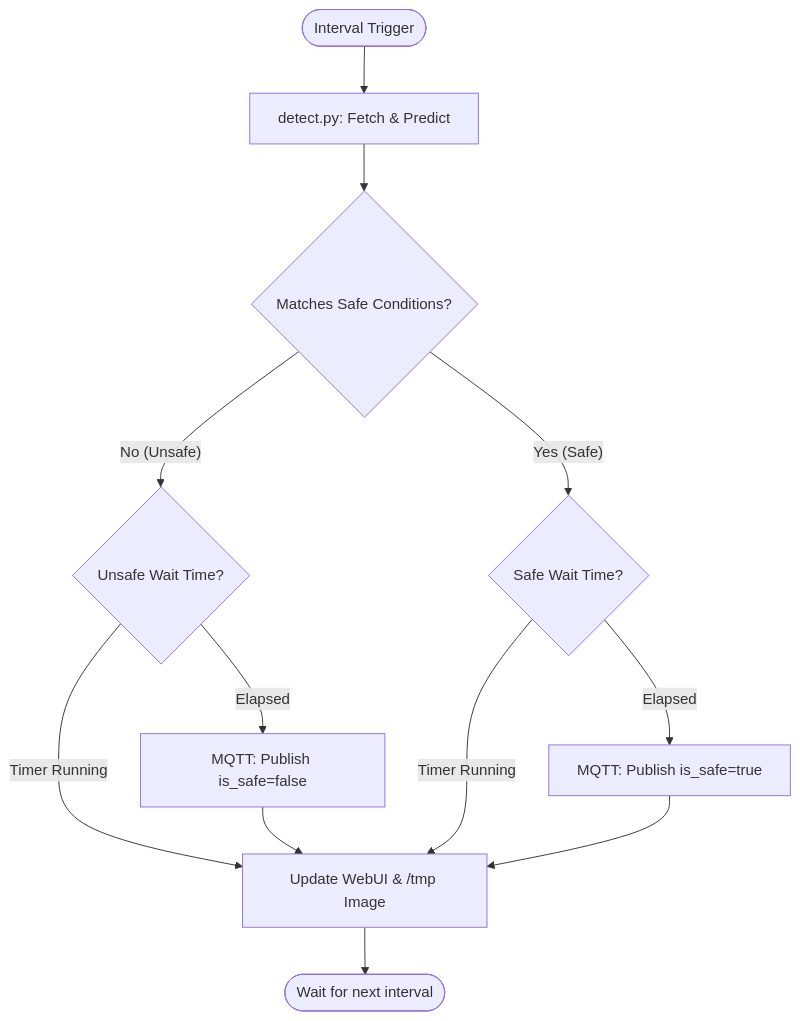
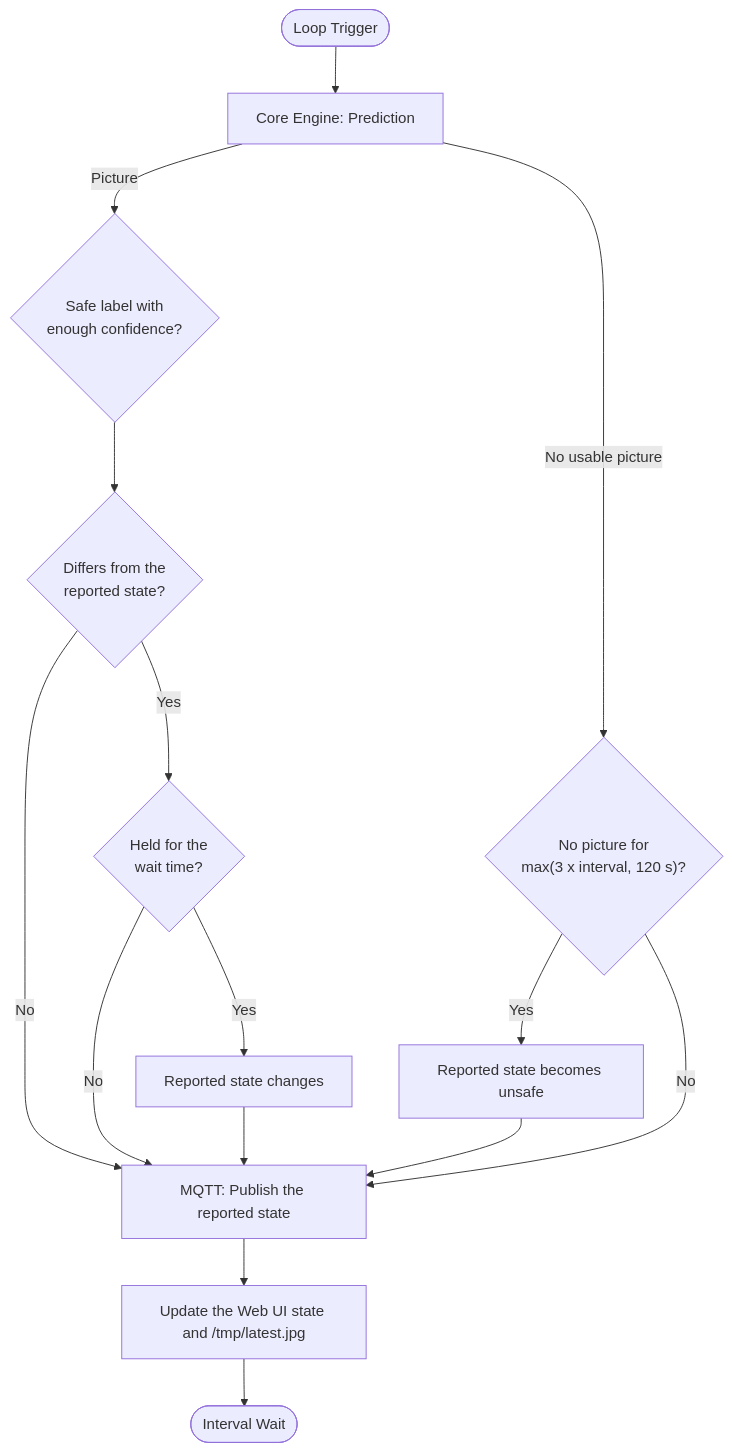
Before and after one commit to DIYAstro-Obs/ha-SimpleCloudDetect: the third of 3 diagrams in ha_addon/architecture.md, drawn with Mermaid. The commit also changed other lines of this file, not shown here.

First line of the commit message:
docs(ha-addon): align architecture.md with the add-on

````diff
--- a/ha_addon/architecture.md
+++ b/ha_addon/architecture.md
@@ -97,18 +83,20 @@
 ```mermaid
 flowchart TD
-    Start([Interval Trigger]) --> Fetch[detect.py: Fetch & Predict]
-    Fetch --> Eval{Matches Safe Conditions?}
-    
-    Eval -- No (Unsafe) --> UnsafeWait{Unsafe Wait Time?}
-    Eval -- Yes (Safe) --> SafeWait{Safe Wait Time?}
-    
-    UnsafeWait -->|Timer Running| UI[Update WebUI & /tmp Image]
-    UnsafeWait -->|Elapsed| PubUnsafe[MQTT: Publish is_safe=false]
-    
-    SafeWait -->|Timer Running| UI
-    SafeWait -->|Elapsed| PubSafe[MQTT: Publish is_safe=true]
-    
-    PubUnsafe --> UI
-    PubSafe --> UI
-    UI --> End([Wait for next interval])
+    Start([Loop Trigger]) --> Engine[Core Engine: Prediction]
+    Engine -- Picture --> Logic{"Safe label with<br/>enough confidence?"}
+    Engine -- "No usable picture" --> Stale{"No picture for<br/>max(3 x interval, 120 s)?"}
+
+    Logic --> Differs{"Differs from the<br/>reported state?"}
+    Differs -- No --> Pub
+    Differs -- Yes --> Wait{"Held for the<br/>wait time?"}
+    Wait -- Yes --> Change[Reported state changes]
+    Wait -- No --> Pub
+    Change --> Pub
+
+    Stale -- Yes --> Unsafe[Reported state becomes unsafe]
+    Unsafe --> Pub
+    Stale -- No --> Pub
+
+    Pub[MQTT: Publish the reported state] --> UI[Update the Web UI state and /tmp/latest.jpg]
+    UI --> End([Interval Wait])
 ```
````
